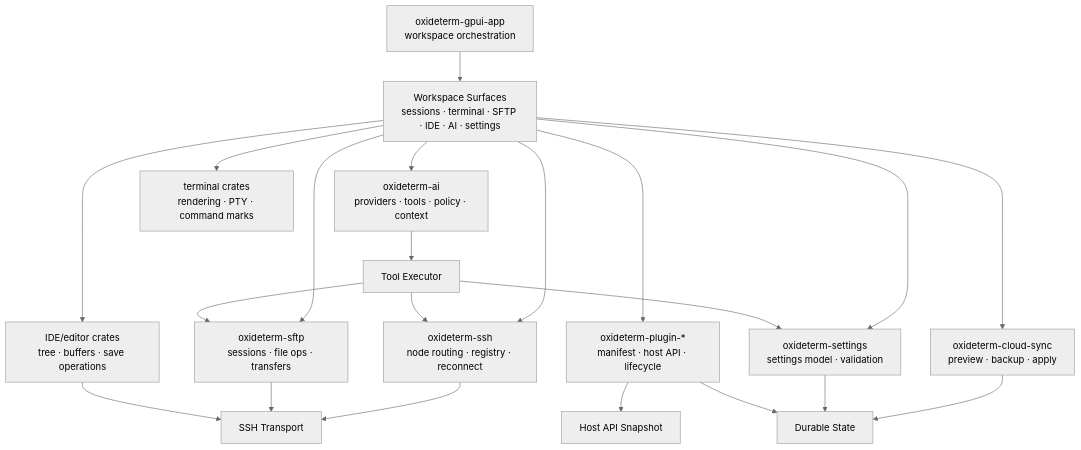
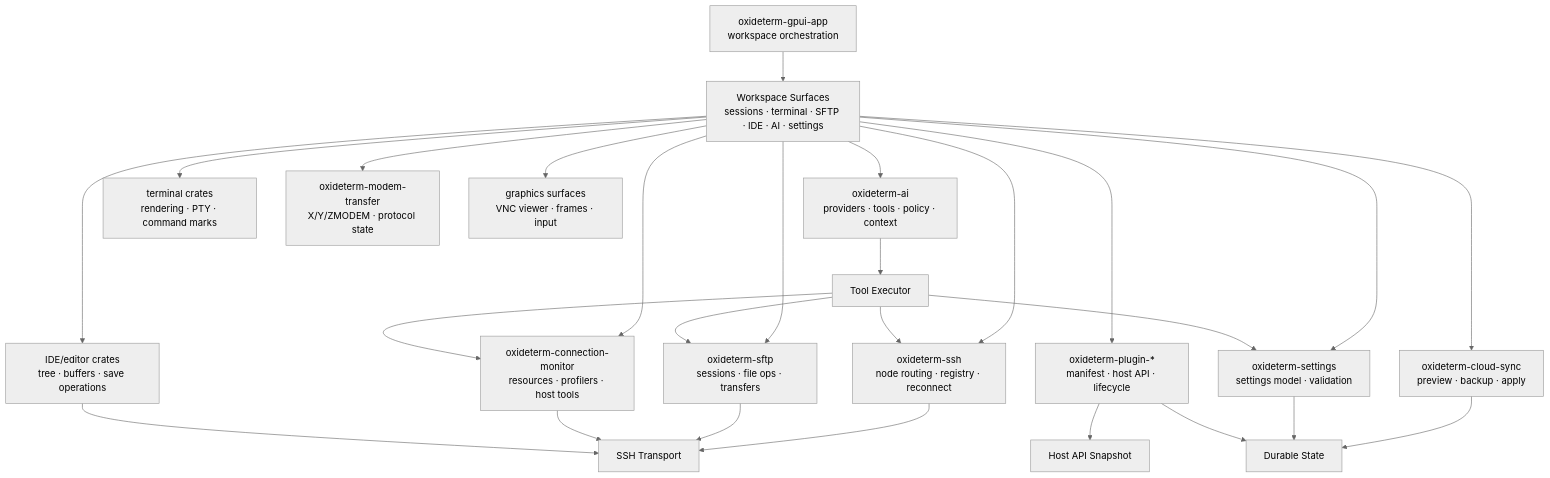
One commit to AnalyseDeCircuit/oxideterm changed the sixth of 15 diagrams in docs/user-guide/en/architecture.md. Above: the diagram before and after it, drawn with Mermaid (neutral theme). The commit also changed other lines of this file and 17 other files, not shown here.

Commit message:
docs: refresh native architecture guide

````diff
--- a/docs/user-guide/en/architecture.md
+++ b/docs/user-guide/en/architecture.md
@@ -923,25 +1026,30 @@
 ```mermaid
 flowchart TB
     Workspace["oxideterm-gpui-app<br/>workspace orchestration"] --> AppSurfaces["Workspace Surfaces<br/>sessions · terminal · SFTP · IDE · AI · settings"]
 
     AppSurfaces --> SshDomain["oxideterm-ssh<br/>node routing · registry · reconnect"]
     AppSurfaces --> SftpDomain["oxideterm-sftp<br/>sessions · file ops · transfers"]
+    AppSurfaces --> MonitorDomain["oxideterm-connection-monitor<br/>resources · profilers · host tools"]
     AppSurfaces --> AiDomain["oxideterm-ai<br/>providers · tools · policy · context"]
     AppSurfaces --> SettingsDomain["oxideterm-settings<br/>settings model · validation"]
     AppSurfaces --> PluginDomain["oxideterm-plugin-*<br/>manifest · host API · lifecycle"]
     AppSurfaces --> SyncDomain["oxideterm-cloud-sync<br/>preview · backup · apply"]
     AppSurfaces --> TerminalDomain["terminal crates<br/>rendering · PTY · command marks"]
+    AppSurfaces --> ModemDomain["oxideterm-modem-transfer<br/>X/Y/ZMODEM · protocol state"]
+    AppSurfaces --> GraphicsDomain["graphics surfaces<br/>VNC viewer · frames · input"]
     AppSurfaces --> IdeDomain["IDE/editor crates<br/>tree · buffers · save operations"]
 
     SshDomain --> SshTransport["SSH Transport"]
     SftpDomain --> SshTransport
+    MonitorDomain --> SshTransport
     IdeDomain --> SshTransport
     PluginDomain --> HostApi["Host API Snapshot"]
     AiDomain --> ToolExecutor["Tool Executor"]
     ToolExecutor --> SshDomain
     ToolExecutor --> SftpDomain
+    ToolExecutor --> MonitorDomain
     ToolExecutor --> SettingsDomain
     SyncDomain --> DurableState["Durable State"]
     SettingsDomain --> DurableState
     PluginDomain --> DurableState
 ```
````
